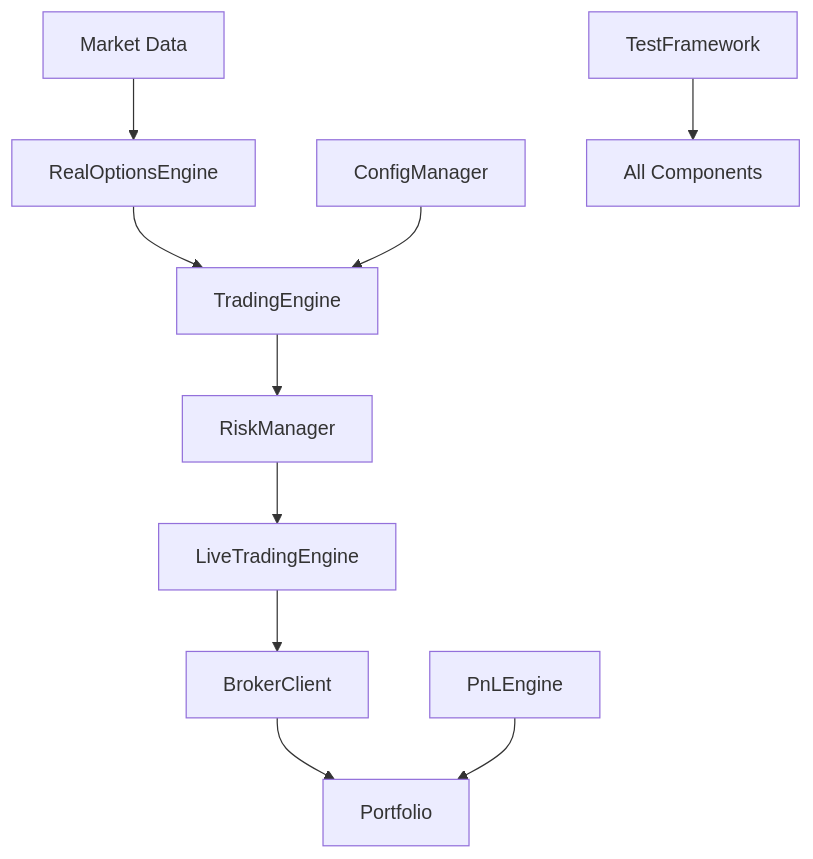
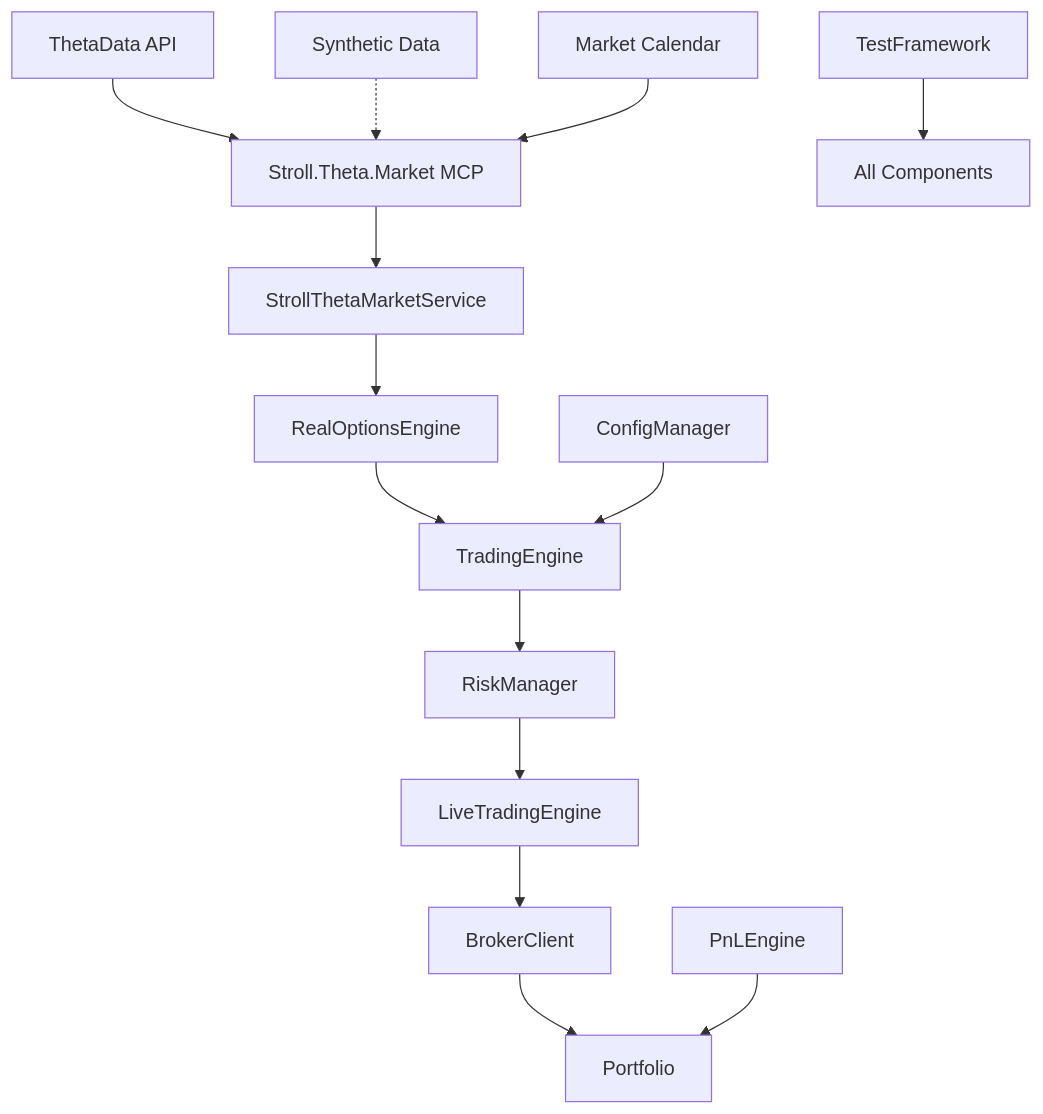
Before and after one commit to revred/Sofired: the diagram in README.md, drawn with Mermaid. The commit also changed other lines of this file and 49 other files, not shown here.

````diff
--- a/README.md
+++ b/README.md
@@ -62,13 +71,18 @@
 ```mermaid
 graph TB
-    A[Market Data] --> B[RealOptionsEngine]
-    B --> C[TradingEngine]
-    C --> D[RiskManager]
-    D --> E[LiveTradingEngine]
-    E --> F[BrokerClient]
-    F --> G[Portfolio]
+    A[ThetaData API] --> B[Stroll.Theta.Market MCP]
+    B --> C[StrollThetaMarketService]
+    C --> D[RealOptionsEngine]
+    D --> E[TradingEngine]
+    E --> F[RiskManager]
+    F --> G[LiveTradingEngine]
+    G --> H[BrokerClient]
+    H --> I[Portfolio]
     
-    H[ConfigManager] --> C
-    I[PnLEngine] --> G
-    J[TestFramework] --> K[All Components]
+    J[ConfigManager] --> E
+    K[PnLEngine] --> I
+    L[TestFramework] --> M[All Components]
+    
+    N[Synthetic Data] -.-> B
+    O[Market Calendar] --> B
 ```
````
